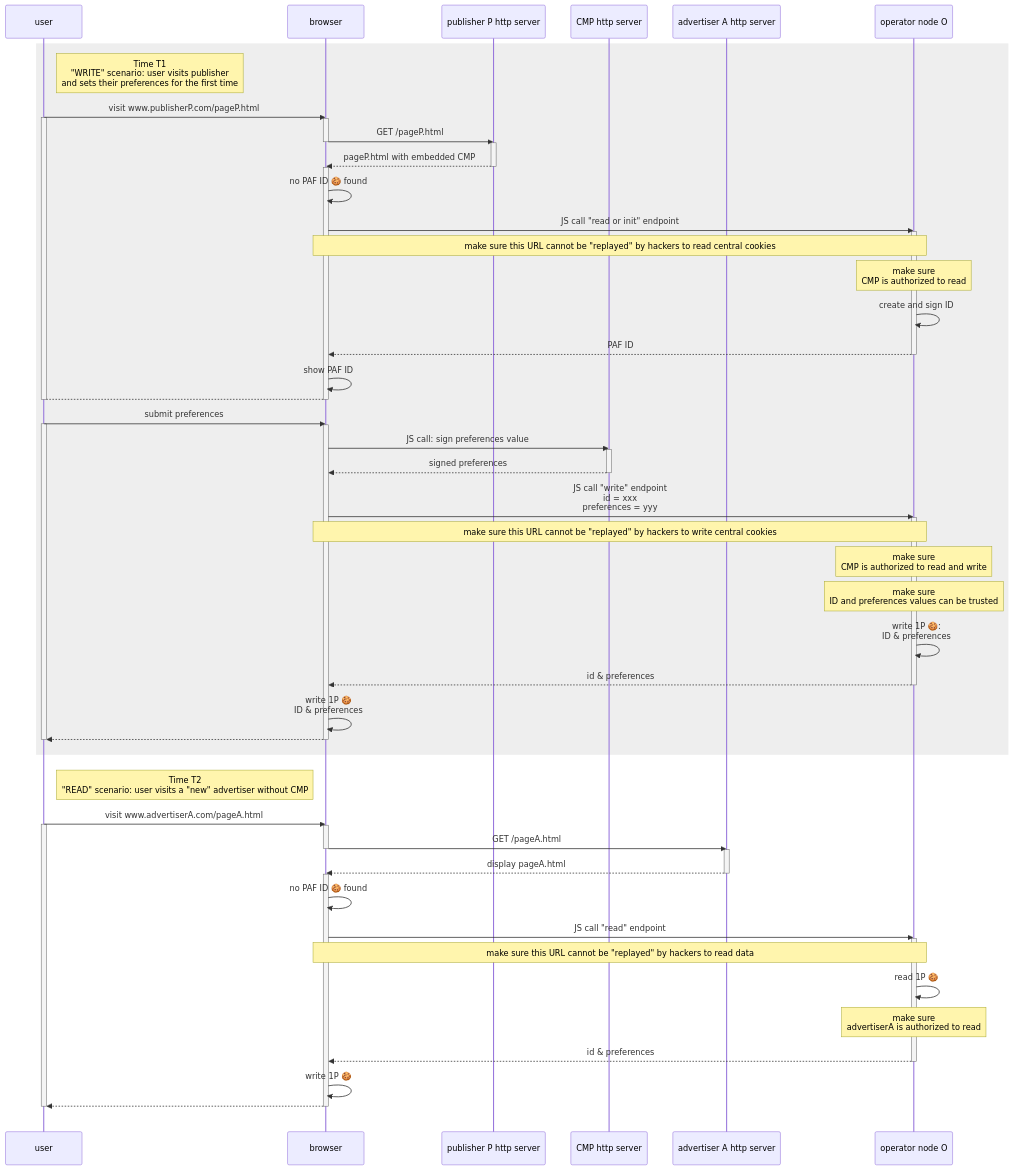
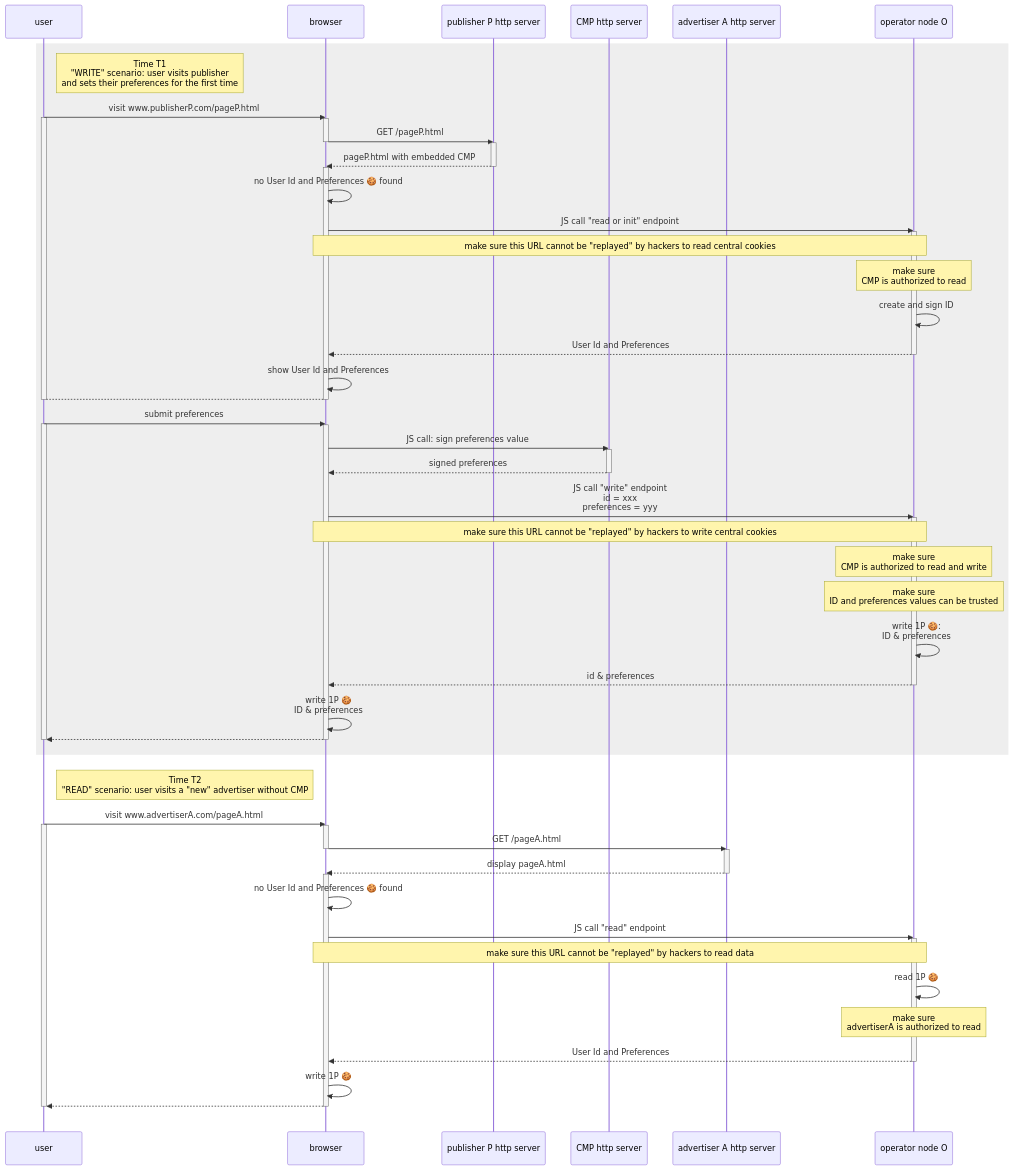
The first of 2 diagrams in mvp-spec/operator-requirements.md (OneKey-Network/addressability-framework), drawn with Mermaid before and after one commit. The commit also changed other lines of this file, not shown here.

```diff
--- a/mvp-spec/operator-requirements.md
+++ b/mvp-spec/operator-requirements.md
@@ -76,17 +76,17 @@
         deactivate P
 
         activate B
-            B ->> B: no PAF ID 🍪 found
+            B ->> B: no User Id and Preferences 🍪 found
             B ->> O: JS call "read or init" endpoint
 
             activate O
                 note over B,O: make sure this URL cannot be "replayed" by hackers to read central cookies
                 note over O: make sure<br/>CMP is authorized to read
                 O ->> O: create and sign ID
-                O -->> B: PAF ID
+                O -->> B: User Id and Preferences
             deactivate O
 
-            B ->> B: show PAF ID
+            B ->> B: show User Id and Preferences
 
             B --> U: 
         deactivate B
@@ -138,14 +138,14 @@
 
         activate B
 
-            B ->> B: no PAF ID 🍪 found
+            B ->> B: no User Id and Preferences 🍪 found
             B ->> O: JS call "read" endpoint
 
             activate O
                 note over B,O: make sure this URL cannot be "replayed" by hackers to read data
                 O ->> O: read 1P 🍪
                 note over O: make sure<br/>advertiserA is authorized to read
-                O -->> B: id & preferences
+                O -->> B: User Id and Preferences
             deactivate O
 
             B ->> B: write 1P 🍪
```
